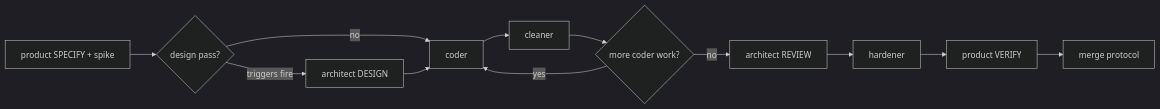
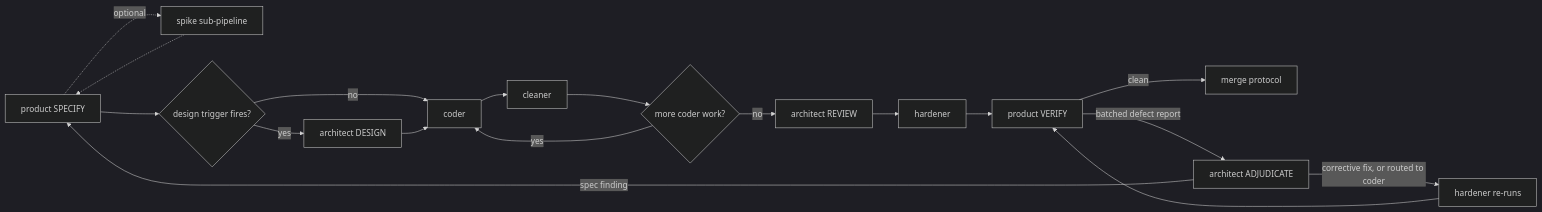
One commit to DetweilerRyan/gol changed the first of 2 diagrams in .claude/references/pipelines.md. Above: the diagram before and after it, drawn with Mermaid (dark theme). The commit also changed other lines of this file and 2 other files, not shown here.

````diff
--- a/.claude/references/pipelines.md
+++ b/.claude/references/pipelines.md
@@ -28,14 +32,20 @@
 ```mermaid
 flowchart LR
-  A[product SPECIFY + spike] --> B{design pass?}
-  B -->|triggers fire| C[architect DESIGN]
+  A[product SPECIFY] -.->|optional| S[spike sub-pipeline]
+  S -.-> A
+  A --> B{design trigger fires?}
+  B -->|yes| C[architect DESIGN]
   B -->|no| D[coder]
   C --> D
   D --> E[cleaner]
   E --> F{more coder work?}
   F -->|yes| D
   F -->|no| G[architect REVIEW]
   G --> H[hardener]
   H --> I[product VERIFY]
-  I --> J[merge protocol]
+  I -->|clean| J[merge protocol]
+  I -->|batched defect report| K[architect ADJUDICATE]
+  K -->|corrective fix, or routed to coder| L[hardener re-runs]
+  L --> I
+  K -->|spec finding| A
 ```
````
